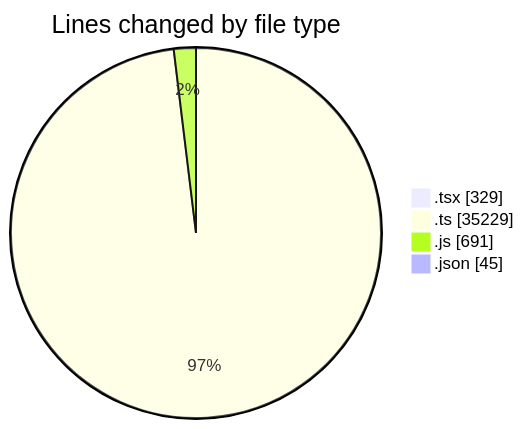
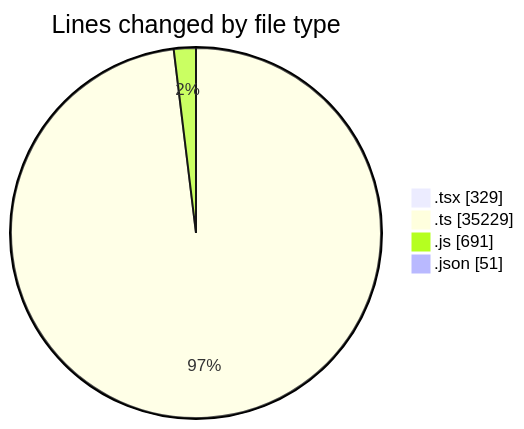
The first of 2 diagrams in 2025-12-17/cda/README.md (momahboobian/code-tracking), drawn with Mermaid before and after one commit. The commit also changed other lines of this file and 1 other file, not shown here.

````diff
--- a/2025-12-17/cda/README.md
+++ b/2025-12-17/cda/README.md
@@ -36,8 +36,8 @@
 ```mermaid
 pie showData
 title Lines changed by file type
 ".tsx" : 329
 ".ts" : 35229
 ".js" : 691
-".json" : 45
+".json" : 51
 ```
````
